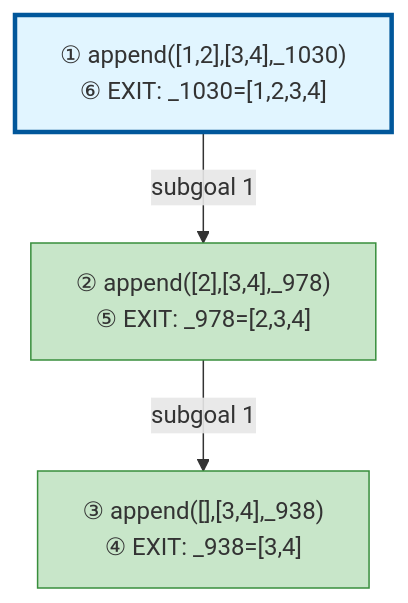
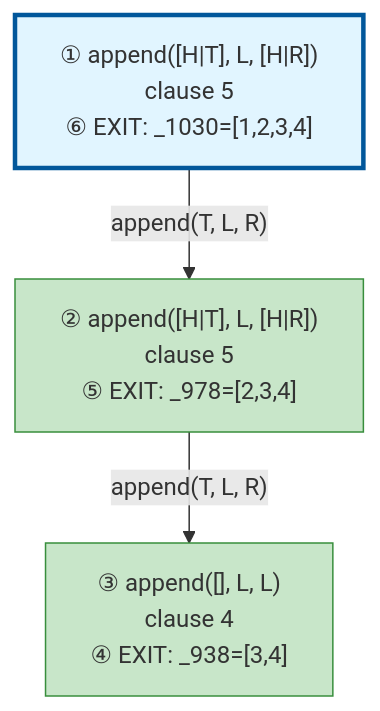
Before and after one commit to jarecsni/prolog-trace-viz: the diagram in examples/append-output.md, drawn with Mermaid. The commit also changed 8 other files, not shown here.

````diff
--- a/examples/append-output.md
+++ b/examples/append-output.md
@@ -82,17 +82,17 @@
 ```mermaid
 graph TD
 
 %% Nodes
-A["① append([1,2],[3,4],_1030)<br/>⑥ EXIT: _1030=[1,2,3,4]"]
-B["② append([2],[3,4],_978)<br/>⑤ EXIT: _978=[2,3,4]"]
-C["③ append([],[3,4],_938)<br/>④ EXIT: _938=[3,4]"]
+A["① append([H|T], L, [H|R])<br/>clause 5<br/>⑥ EXIT: _1030=[1,2,3,4]"]
+B["② append([H|T], L, [H|R])<br/>clause 5<br/>⑤ EXIT: _978=[2,3,4]"]
+C["③ append([], L, L)<br/>clause 4<br/>④ EXIT: _938=[3,4]"]
 
 %% Edges
-A -->|"subgoal 1"| B
-B -->|"subgoal 1"| C
+A -->|"append(T, L, R)"| B
+B -->|"append(T, L, R)"| C
 
 %% Styles
 style A fill:#e1f5ff,stroke:#01579b,stroke-width:3px
 style B fill:#c8e6c9,stroke:#388e3c
 style C fill:#c8e6c9,stroke:#388e3c
 ```
````
